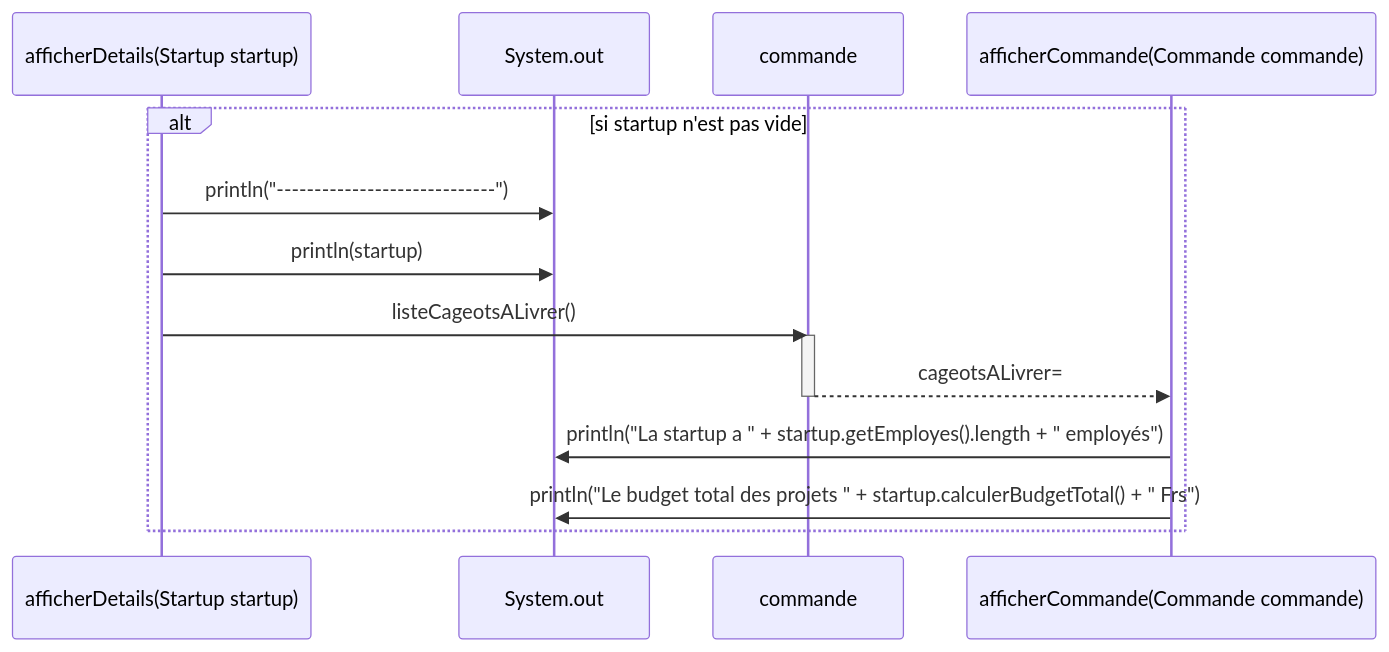
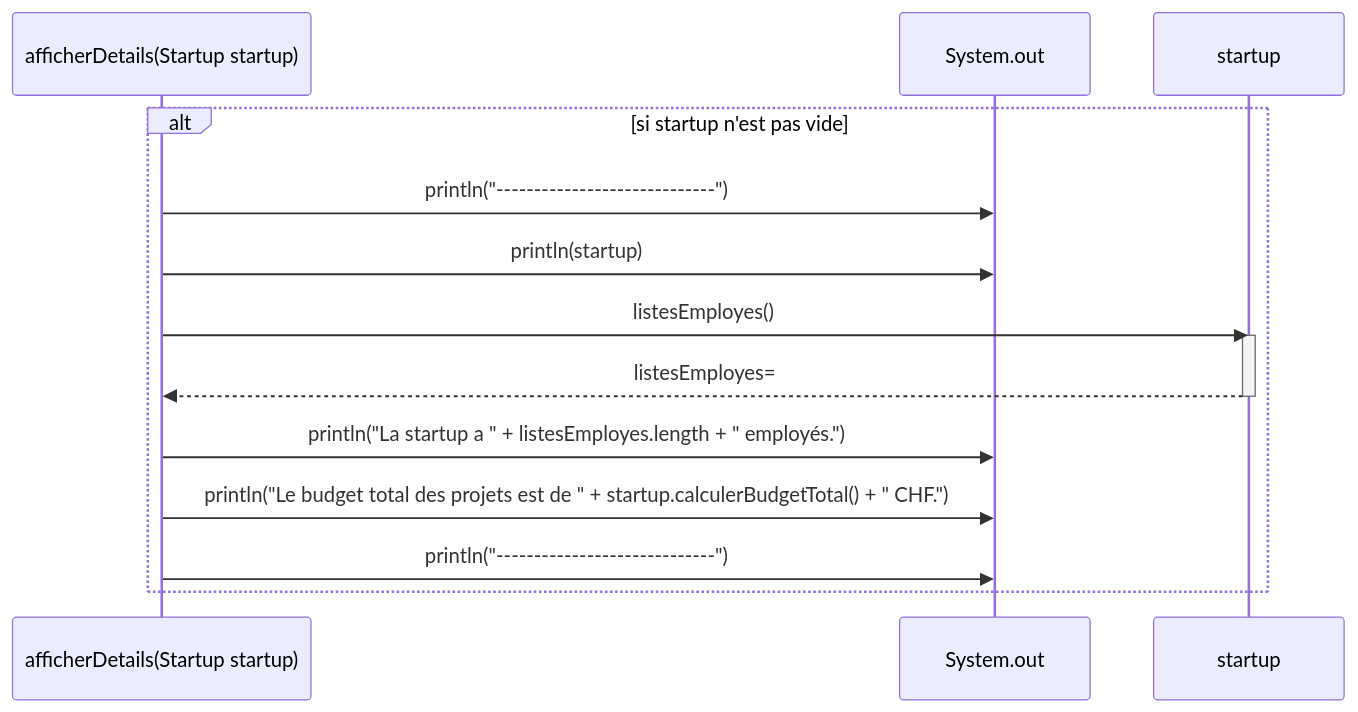
One commit to emf-info-d400/2023-2024-E3-Startuuup changed the second of 2 diagrams in README.md. Above: the diagram before and after it, drawn with Mermaid. The commit also changed other lines of this file, not shown here.

````diff
--- a/README.md
+++ b/README.md
@@ -58,16 +58,17 @@
 ```mermaid
 sequenceDiagram
 
     alt si startup n'est pas vide
         afficherDetails(Startup startup)->>System.out : println("-----------------------------")
         afficherDetails(Startup startup)->>System.out : println(startup)
 
-        afficherDetails(Startup startup)->>commande: listeCageotsALivrer()
-        activate commande
-        commande-->>afficherCommande(Commande commande): cageotsALivrer=
-        deactivate commande
+        afficherDetails(Startup startup)->>startup: listesEmployes()
+        activate startup
+        startup-->>afficherDetails(Startup startup): listesEmployes=
+        deactivate startup
 
-        afficherCommande(Commande commande)->>System.out : println("La startup a " + startup.getEmployes().length + " employés")
-        afficherCommande(Commande commande)->>System.out : println("Le budget total des projets " + startup.calculerBudgetTotal() + " Frs")
+        afficherDetails(Startup startup)->>System.out : println("La startup a " + listesEmployes.length + " employés.")
+        afficherDetails(Startup startup)->>System.out : println("Le budget total des projets est de " + startup.calculerBudgetTotal() + " CHF.")
+        afficherDetails(Startup startup)->>System.out : println("-----------------------------")
     end    
 ```
````
